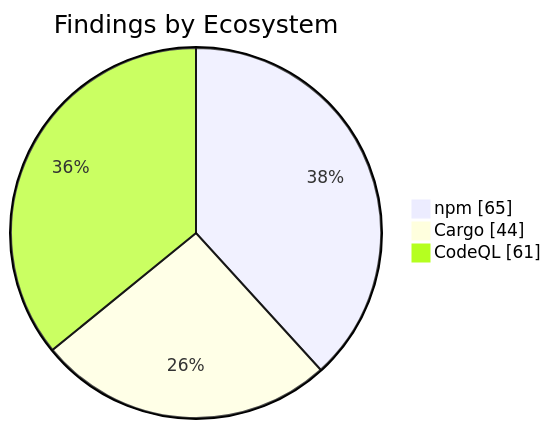
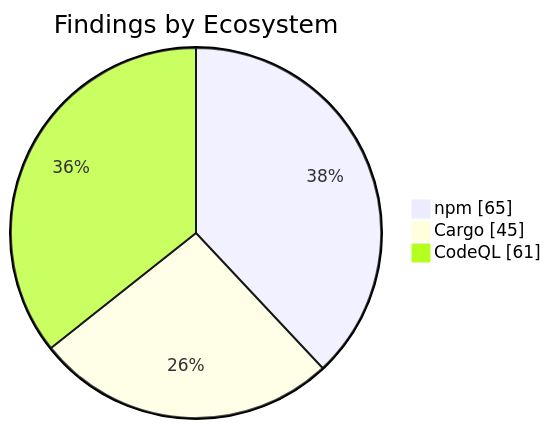
Before and after one commit to KBVE/kbve: the second of 2 diagrams in apps/kbve/astro-kbve/src/content/docs/dashboard/security.mdx, drawn with Mermaid. The commit also changed other lines of this file and 8 other files, not shown here.

````diff
--- a/apps/kbve/astro-kbve/src/content/docs/dashboard/security.mdx
+++ b/apps/kbve/astro-kbve/src/content/docs/dashboard/security.mdx
@@ -73,7 +73,7 @@
 ```mermaid
 pie showData
     title Findings by Ecosystem
     "npm" : 65
-    "Cargo" : 44
+    "Cargo" : 45
     "CodeQL" : 61
 ```
````
